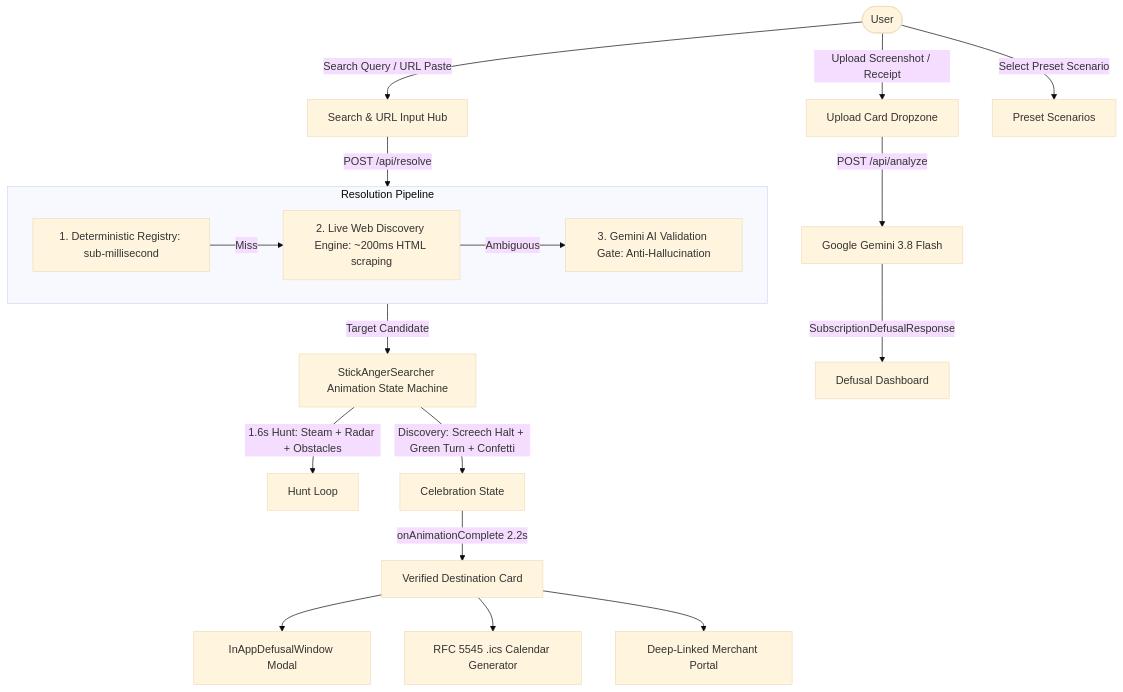
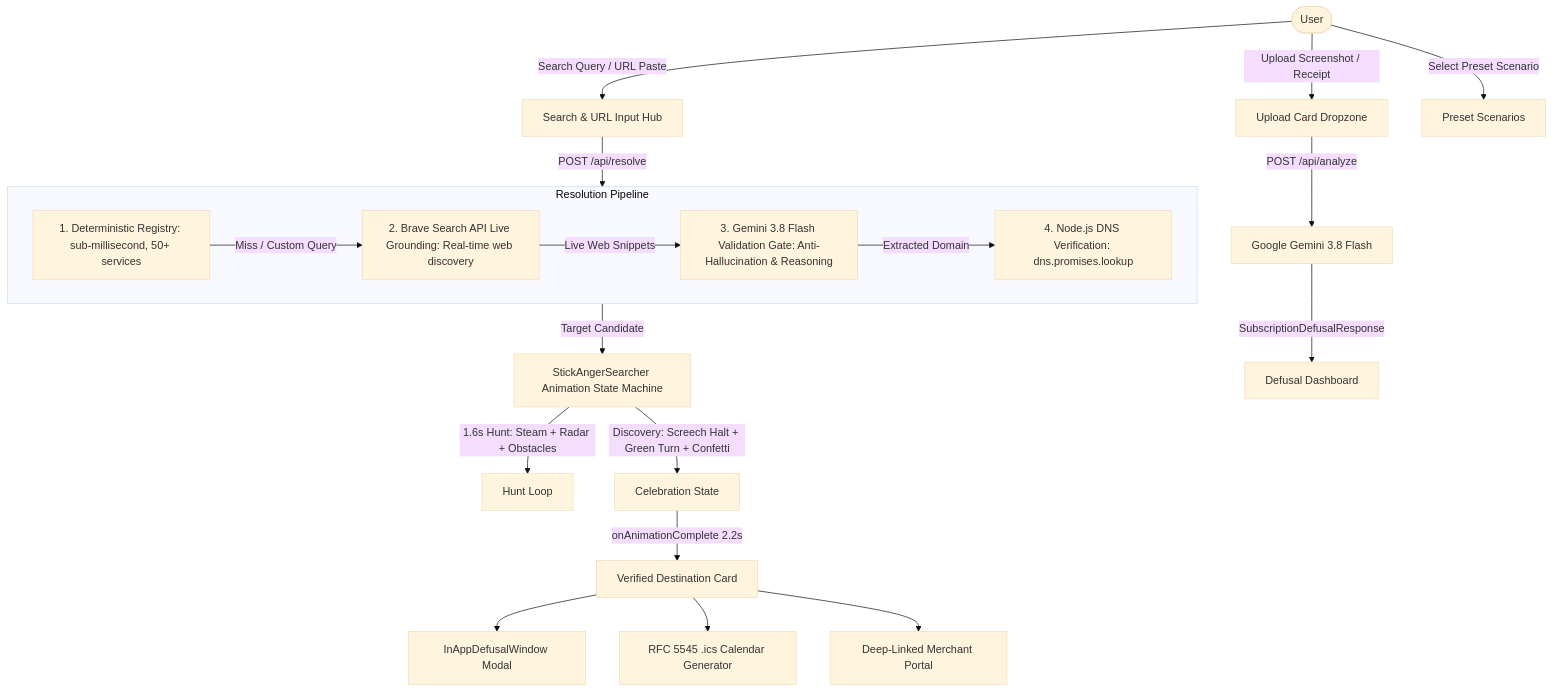
Before and after one commit to Peacsib/canceltrap: the diagram in README.md, drawn with Mermaid (base theme). The commit also changed other lines of this file and 4 other files, not shown here.

Commit message:
docs: sync README, PRD, scope, spec, learner profile, and checklist with Brave search, mother story, and video completion

````diff
--- a/README.md
+++ b/README.md
@@ -109,29 +146,31 @@
 ```mermaid
 graph TD
     User([User]) -->|Search Query / URL Paste| SearchHub[Search & URL Input Hub]
     User -->|Upload Screenshot / Receipt| UploadDropzone[Upload Card Dropzone]
     User -->|Select Preset Scenario| PresetChips[Preset Scenarios]
 
     SearchHub -->|POST /api/resolve| MultiStagePipeline[Multi-Stage Discovery Pipeline]
     UploadDropzone -->|POST /api/analyze| MultimodalGemini[Google Gemini 3.8 Flash]
 
     subgraph MultiStagePipeline [Resolution Pipeline]
-        DeterministicRegistry[1. Deterministic Registry: sub-millisecond]
-        LiveWebEngine[2. Live Web Discovery Engine: ~200ms HTML scraping]
-        GeminiValidation[3. Gemini AI Validation Gate: Anti-Hallucination]
+        DeterministicRegistry[1. Deterministic Registry: sub-millisecond, 50+ services]
+        BraveSearchGrounding[2. Brave Search API Live Grounding: Real-time web discovery]
+        GeminiValidation[3. Gemini 3.8 Flash Validation Gate: Anti-Hallucination & Reasoning]
+        DNSLookup[4. Node.js DNS Verification: dns.promises.lookup]
         
-        DeterministicRegistry -->|Miss| LiveWebEngine
-        LiveWebEngine -->|Ambiguous| GeminiValidation
+        DeterministicRegistry -->|Miss / Custom Query| BraveSearchGrounding
+        BraveSearchGrounding -->|Live Web Snippets| GeminiValidation
+        GeminiValidation -->|Extracted Domain| DNSLookup
     end
 
     MultiStagePipeline -->|Target Candidate| StickSearcher[StickAngerSearcher Animation State Machine]
     MultimodalGemini -->|SubscriptionDefusalResponse| Dashboard[Defusal Dashboard]
 
     StickSearcher -->|1.6s Hunt: Steam + Radar + Obstacles| HuntLoop[Hunt Loop]
     StickSearcher -->|Discovery: Screech Halt + Green Turn + Confetti| VictoryState[Celebration State]
     VictoryState -->|onAnimationComplete 2.2s| DestinationCard[Verified Destination Card]
 
     DestinationCard --> InAppCopilot[InAppDefusalWindow Modal]
     DestinationCard --> KillSwitch[RFC 5545 .ics Calendar Generator]
     DestinationCard --> DirectTab[Deep-Linked Merchant Portal]
 ```
````
